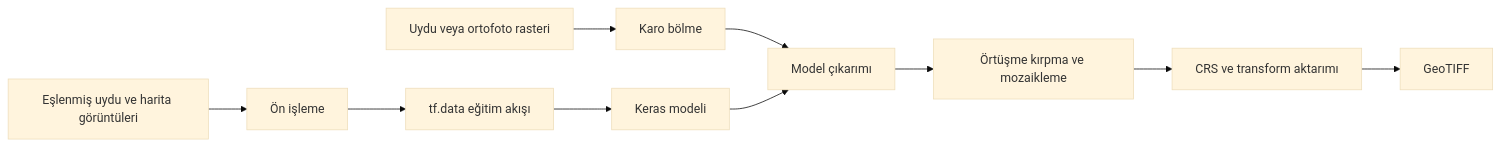
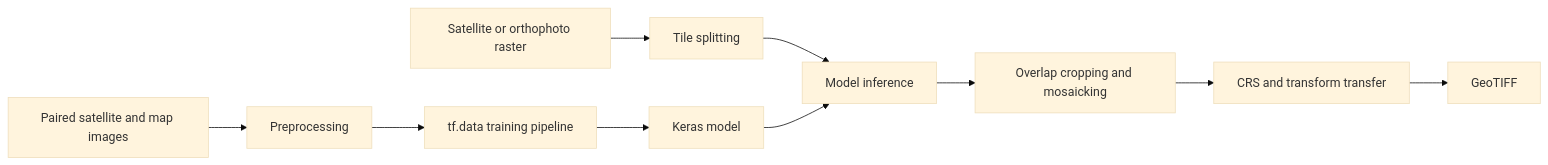
Before and after one commit to elestirmen/autoencoder_sat_to_map: the diagram in README.md, drawn with Mermaid (base theme). The commit also changed other lines of this file and 1 other file, not shown here.

````diff
--- a/README.md
+++ b/README.md
@@ -65,12 +41,12 @@
 ```mermaid
 flowchart LR
-    A[Uydu veya ortofoto rasteri] --> B[Karo bölme]
-    B --> C[Model çıkarımı]
-    C --> D[Örtüşme kırpma ve mozaikleme]
-    D --> E[CRS ve transform aktarımı]
+    A[Satellite or orthophoto raster] --> B[Tile splitting]
+    B --> C[Model inference]
+    C --> D[Overlap cropping and mosaicking]
+    D --> E[CRS and transform transfer]
     E --> F[GeoTIFF]
-    G[Eşlenmiş uydu ve harita görüntüleri] --> H[Ön işleme]
-    H --> I[tf.data eğitim akışı]
-    I --> J[Keras modeli]
+    G[Paired satellite and map images] --> H[Preprocessing]
+    H --> I[tf.data training pipeline]
+    I --> J[Keras model]
     J --> C
 ```
````
